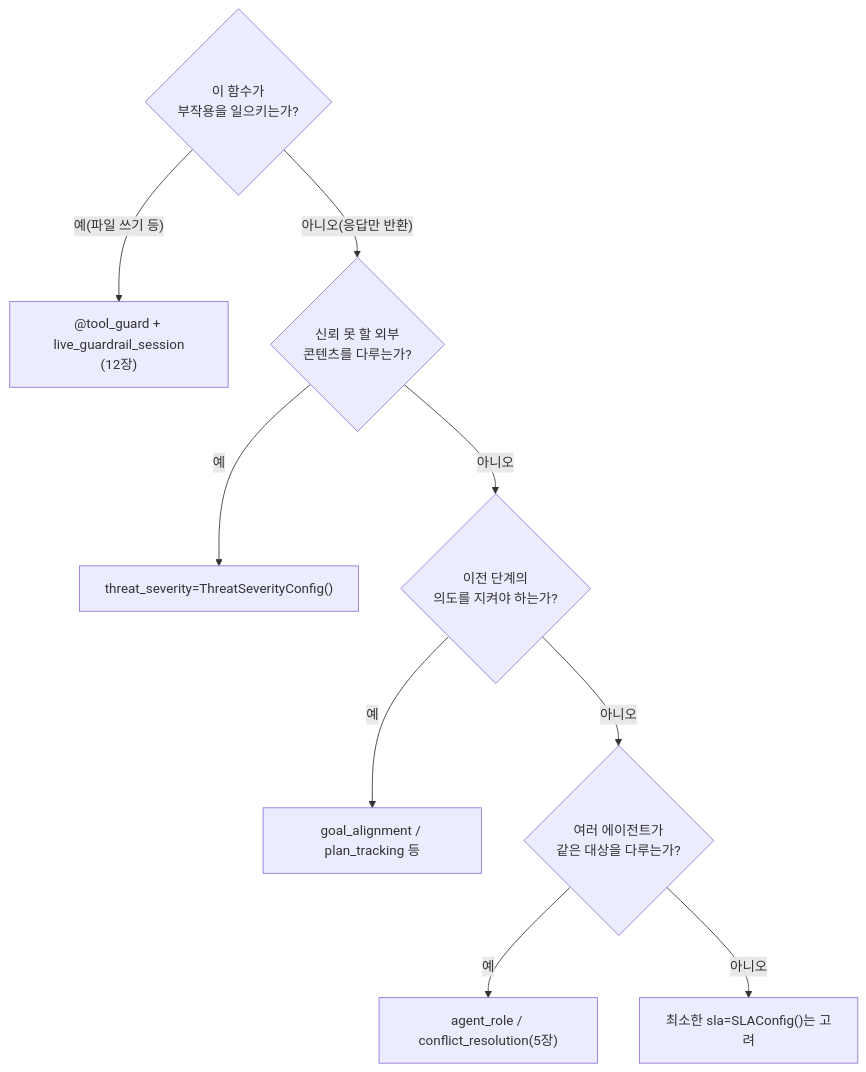
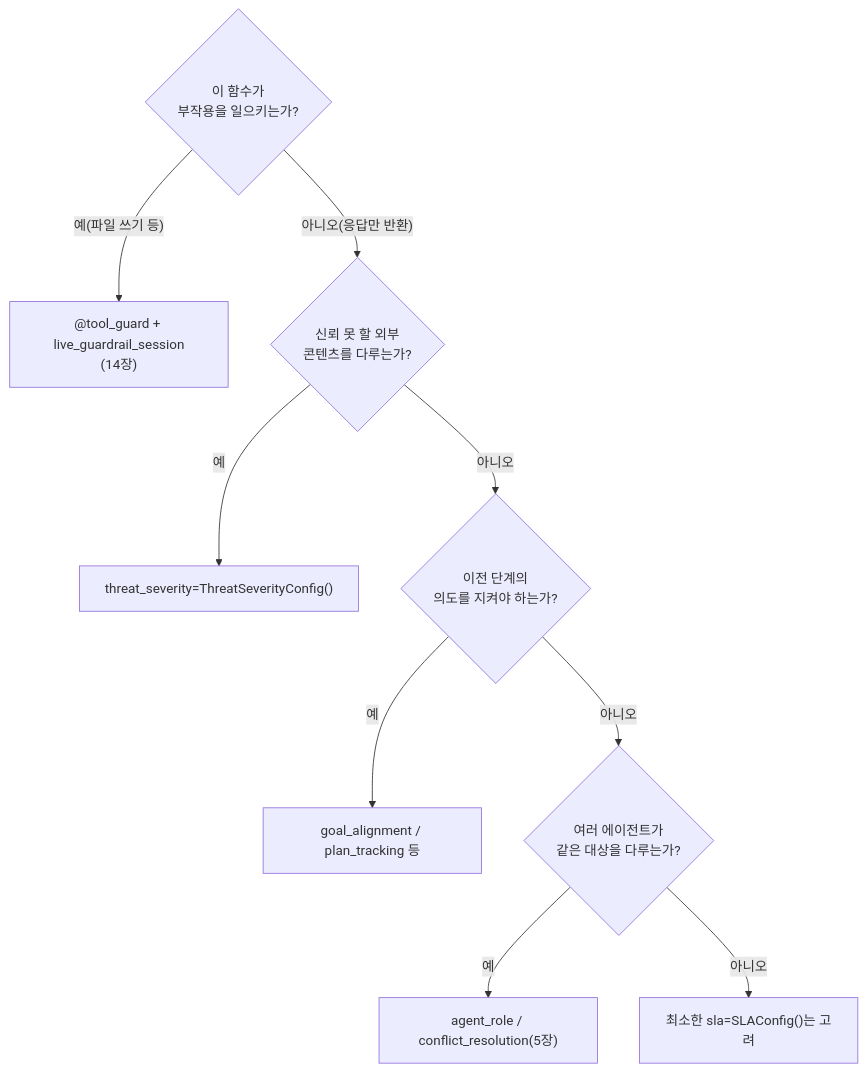
Before and after one commit to bullpeng72/Book-forge: the diagram in Book/Part_III_배치_평가로_품질을_계측한다/Chapter_08_agent_eval_데코레이터_해부.md, drawn with Mermaid. The commit also changed other lines of this file and 9 other files, not shown here.

````diff
--- a/Book/Part_III_배치_평가로_품질을_계측한다/Chapter_08_agent_eval_데코레이터_해부.md
+++ b/Book/Part_III_배치_평가로_품질을_계측한다/Chapter_08_agent_eval_데코레이터_해부.md
@@ -141,12 +139,12 @@
 ```mermaid
 flowchart TD
     Q1{"이 함수가<br/>부작용을 일으키는가?"}
-    Q1 -->|"예(파일 쓰기 등)"| TG["@tool_guard + live_guardrail_session<br/>(12장)"]
+    Q1 -->|"예(파일 쓰기 등)"| TG["@tool_guard + live_guardrail_session<br/>(14장)"]
     Q1 -->|"아니오(응답만 반환)"| Q2{"신뢰 못 할 외부<br/>콘텐츠를 다루는가?"}
     Q2 -->|"예"| TS["threat_severity=ThreatSeverityConfig()"]
     Q2 -->|"아니오"| Q3{"이전 단계의<br/>의도를 지켜야 하는가?"}
     Q3 -->|"예"| GA["goal_alignment / plan_tracking 등"]
     Q3 -->|"아니오"| Q4{"여러 에이전트가<br/>같은 대상을 다루는가?"}
     Q4 -->|"예"| AR["agent_role / conflict_resolution(5장)"]
     Q4 -->|"아니오"| SLA["최소한 sla=SLAConfig()는 고려"]
 ```
````
